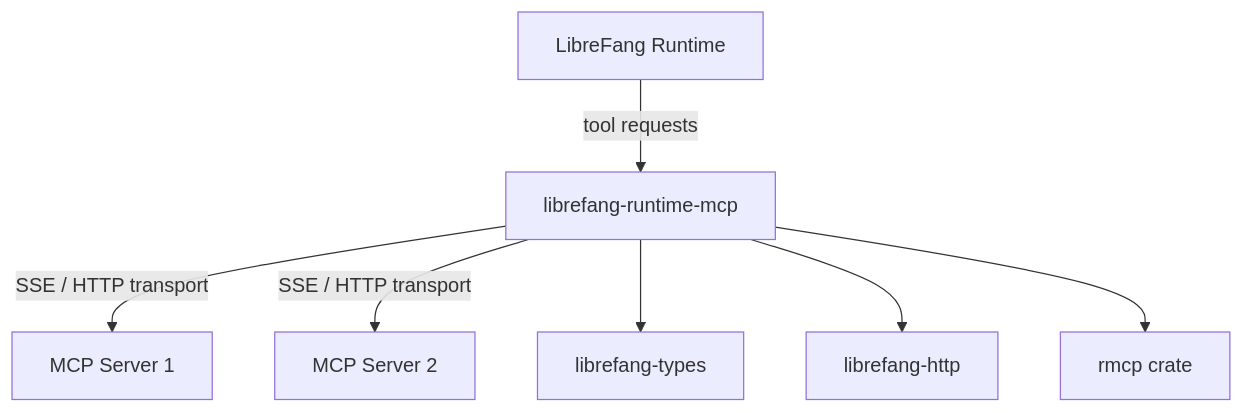
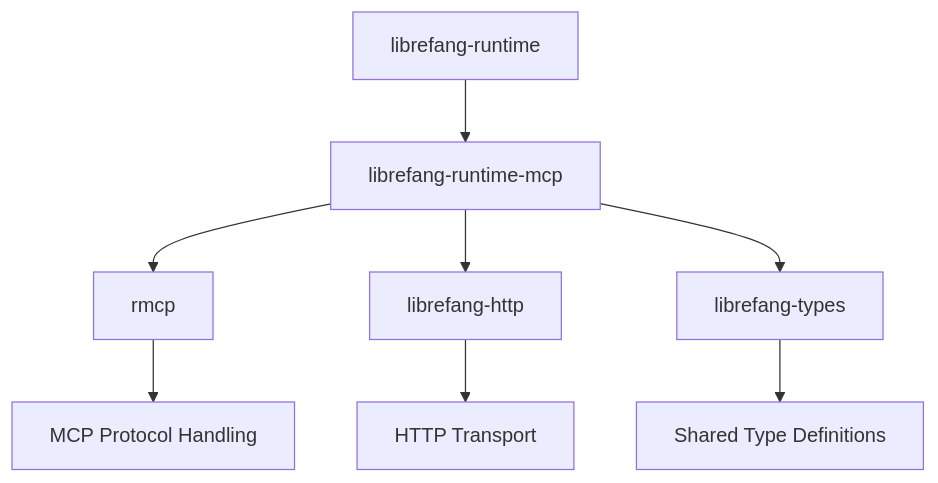
One commit to leszek3737/librefang-WIki changed the diagram in other-librefang-runtime-mcp.md. Above: the diagram before and after it, drawn with Mermaid. The commit also changed other lines of this file and 119 other files, not shown here.

````diff
--- a/other-librefang-runtime-mcp.md
+++ b/other-librefang-runtime-mcp.md
@@ -13,9 +18,10 @@
 ```mermaid
 graph TD
-    A[LibreFang Runtime] -->|tool requests| B[librefang-runtime-mcp]
-    B -->|SSE / HTTP transport| C[MCP Server 1]
-    B -->|SSE / HTTP transport| D[MCP Server 2]
+    A[librefang-runtime] --> B[librefang-runtime-mcp]
+    B --> C[rmcp]
+    B --> D[librefang-http]
     B --> E[librefang-types]
-    B --> F[librefang-http]
-    B --> G[rmcp crate]
+    C --> F[MCP Protocol Handling]
+    D --> G[HTTP Transport]
+    E --> H[Shared Type Definitions]
 ```
````
